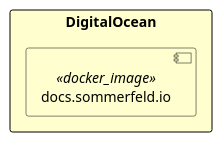
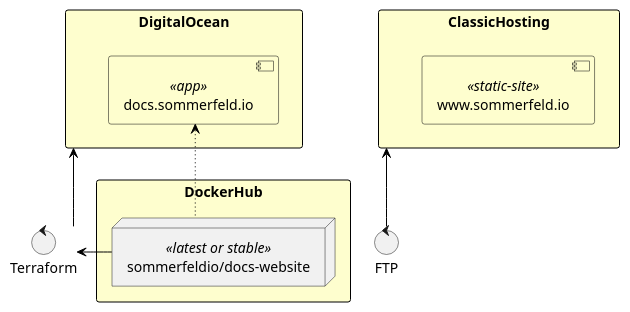
Before and after one commit to sebastian-sommerfeld-io/infrastructure: the diagram in docs/modules/ROOT/pages/index.adoc, drawn with PlantUML. The commit also changed other lines of this file and 13 other files, not shown here.

Commit message:
feat: initial terraform setup for docs.sommerfeld.io

```diff
--- a/docs/modules/ROOT/pages/index.adoc
+++ b/docs/modules/ROOT/pages/index.adoc
@@ -51,30 +51,47 @@
 [plantuml, rendered-plantuml-image, svg]
 ----
 @startuml
 
 skinparam linetype ortho
 skinparam monochrome false
 skinparam componentStyle uml2
 skinparam backgroundColor transparent
 skinparam ArrowColor black
 skinparam FrameBackgroundColor #fff
 skinparam CollectionsBackgroundColor #fefece
 skinparam CollectionsBorderColor black
 skinparam ComponentBorderColor black
 skinparam ComponentBackgroundColor #fefece
 skinparam RectangleBorderColor black
 skinparam RectangleBackgroundColor #fefece
 skinparam QueueBorderColor black
 skinparam NoteBorderColor Grey
 skinparam NoteBackgroundColor #fdfdfd
 skinparam defaultTextAlignment center
 skinparam activity {
   FontName Ubuntu
 }
 
 rectangle DigitalOcean {
-    component docs as "docs.sommerfeld.io" <<docker_image>>
+    component docs as "docs.sommerfeld.io" <<app>>
 }
+
+rectangle ClassicHosting {
+    component www as "www.sommerfeld.io" <<static-site>>
+}
+
+rectangle DockerHub {
+    node docs_image as "sommerfeldio/docs-website" <<latest or stable>>
+}
+
+control tf as "Terraform"
+control FTP
+
+docs_image ~up~> docs
+docs_image -right-> tf
+tf -up-> DigitalOcean
+
+FTP -up-> ClassicHosting
 
 @enduml
 ----
```
